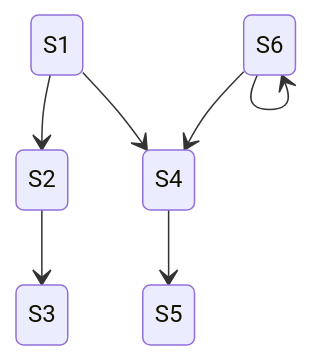
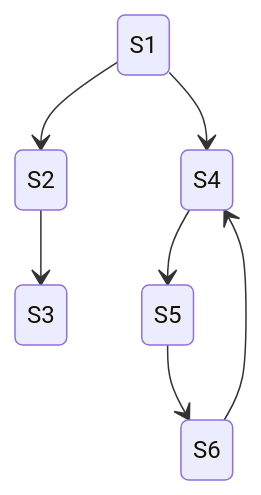
The fifth of 5 diagrams in docs/test/StateMachineBuilder_test_plan.md (WayneMRoseberry/statemaker), drawn with Mermaid before and after one commit. The commit also changed other lines of this file, not shown here.

````diff
--- a/docs/test/StateMachineBuilder_test_plan.md
+++ b/docs/test/StateMachineBuilder_test_plan.md
@@ -102,9 +112,9 @@
 ```mermaid
 stateDiagram-v2
     S1 --> S2
     S2 --> S3
     S1 --> S4
     S4 --> S5
-    S6 --> S6
+    S5 --> S6
     S6 --> S4
 ``` 
````
